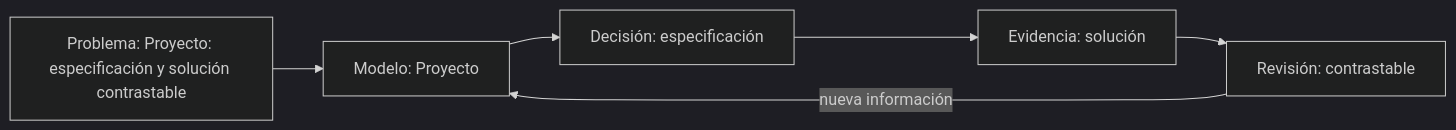
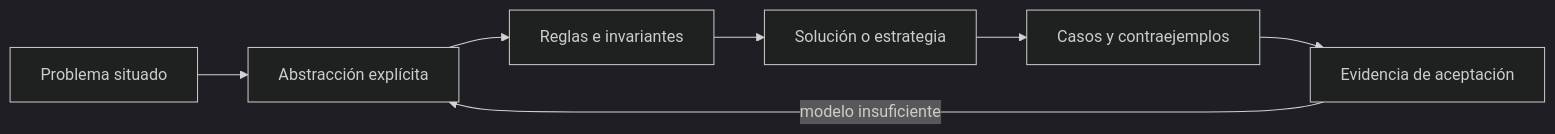
The diagram in classes/part-04-pensamiento-computacional-y-resolucion-de-problemas/se-060-proyecto-especificacion-y-solucion-contrastable/README.md (vladimiracunadev-create/modern-software-engineering-program), drawn with Mermaid (dark theme) before and after one commit. The commit also changed other lines of this file and 84 other files, not shown here.

````diff
--- a/classes/part-04-pensamiento-computacional-y-resolucion-de-problemas/se-060-proyecto-especificacion-y-solucion-contrastable/README.md
+++ b/classes/part-04-pensamiento-computacional-y-resolucion-de-problemas/se-060-proyecto-especificacion-y-solucion-contrastable/README.md
@@ -40,8 +27,9 @@
 ```mermaid
 flowchart LR
-    P["Problema: Proyecto: especificación y solución contrastable"] --> M["Modelo: Proyecto"]
-    M --> D["Decisión: especificación"]
-    D --> E["Evidencia: solución"]
-    E --> R["Revisión: contrastable"]
-    R -->|nueva información| M
+    P[Problema situado] --> A[Abstracción explícita]
+    A --> R[Reglas e invariantes]
+    R --> S[Solución o estrategia]
+    S --> C[Casos y contraejemplos]
+    C --> E[Evidencia de aceptación]
+    E -->|modelo insuficiente| A
 ```
````
